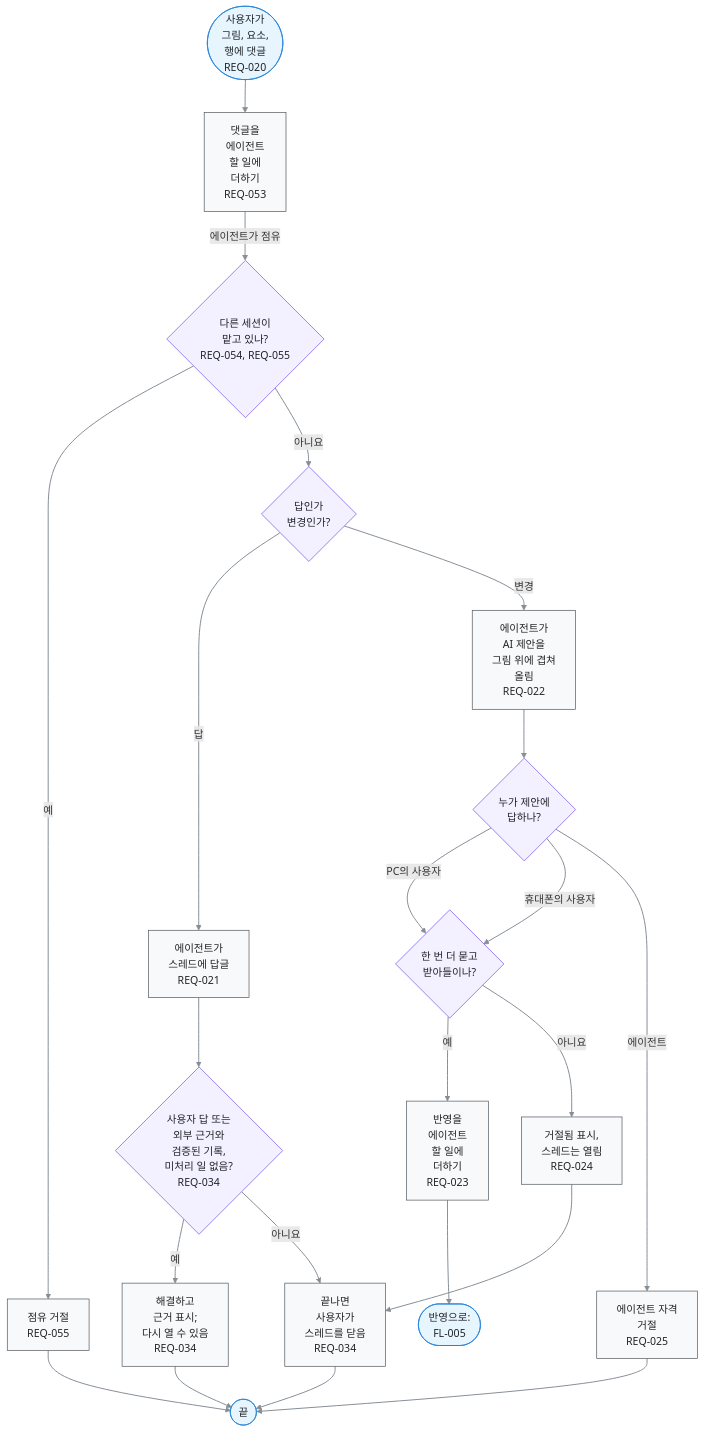
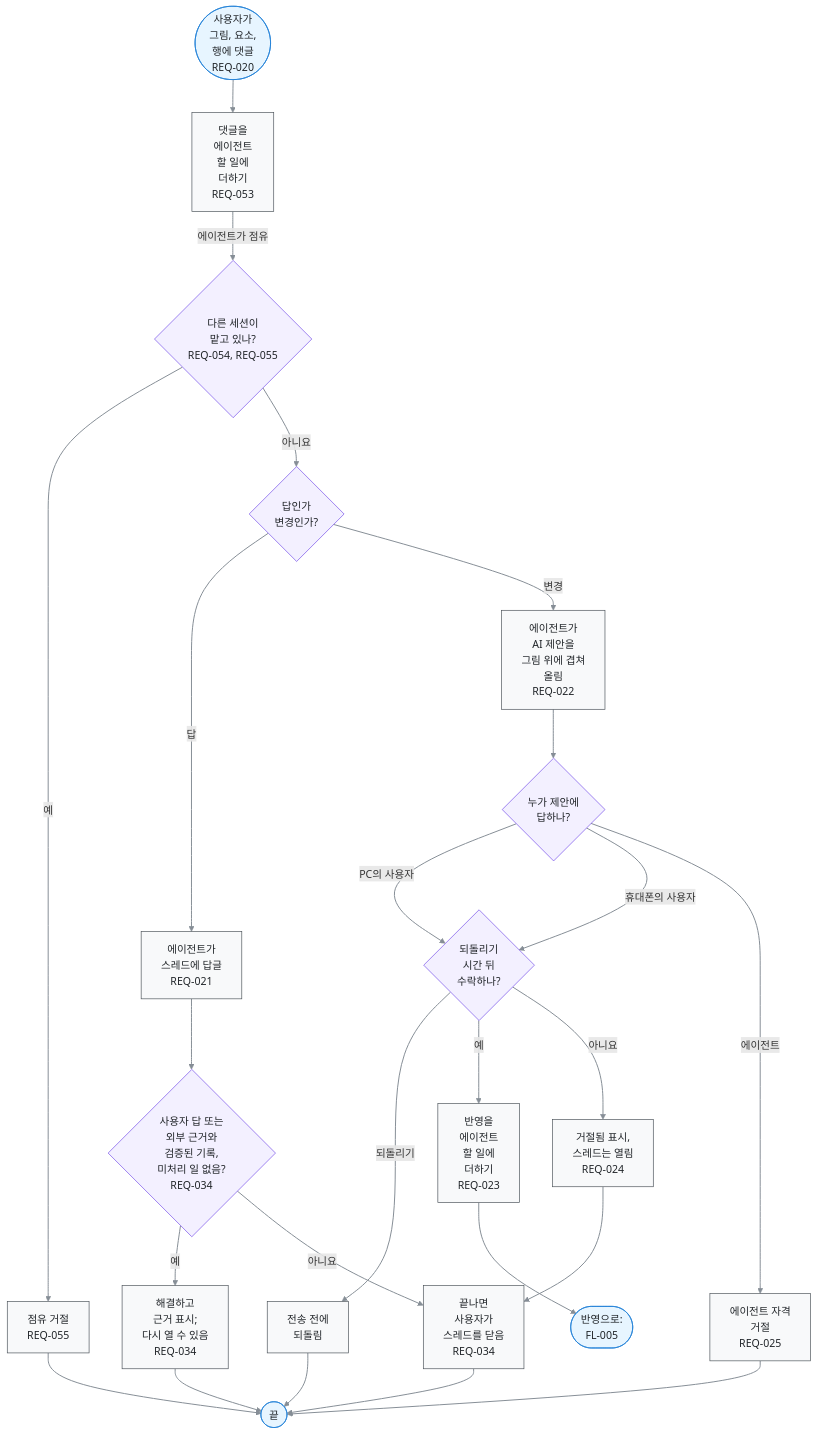
The diagram in docs/03-user-flow/FL-003-comment-and-answer-an-ai-proposal.ko.md (kodonghui/corthex-nexus), drawn with Mermaid before and after one commit. The commit also changed 63 other files, not shown here.

````diff
--- a/docs/03-user-flow/FL-003-comment-and-answer-an-ai-proposal.ko.md
+++ b/docs/03-user-flow/FL-003-comment-and-answer-an-ai-proposal.ko.md
@@ -11,52 +11,55 @@
 ```mermaid
 flowchart TD
   A(["사용자가<br/>그림, 요소,<br/>행에 댓글<br/>REQ-020"])
   B["댓글을<br/>에이전트<br/>할 일에<br/>더하기<br/>REQ-053"]
   C{"다른 세션이<br/>맡고 있나?<br/>REQ-054, REQ-055"}
   D{"답인가<br/>변경인가?"}
   E["에이전트가<br/>스레드에 답글<br/>REQ-021"]
   F["에이전트가<br/>AI 제안을<br/>그림 위에 겹쳐<br/>올림<br/>REQ-022"]
   G{"누가 제안에<br/>답하나?"}
-  H{"한 번 더 묻고<br/>받아들이나?"}
+  H{"되돌리기<br/>시간 뒤<br/>수락하나?"}
   I["반영을<br/>에이전트<br/>할 일에<br/>더하기<br/>REQ-023"]
   J["거절됨 표시,<br/>스레드는 열림<br/>REQ-024"]
   K["끝나면<br/>사용자가<br/>스레드를 닫음<br/>REQ-034"]
   P{"사용자 답 또는<br/>외부 근거와<br/>검증된 기록,<br/>미처리 일 없음?<br/>REQ-034"}
   Q["해결하고<br/>근거 표시;<br/>다시 열 수 있음<br/>REQ-034"]
   R1["점유 거절<br/>REQ-055"]
   R3["에이전트 자격<br/>거절<br/>REQ-025"]
+  U["전송 전에<br/>되돌림"]
   Z(["끝"])
   Y(["반영으로:<br/>FL-005"])
   A e1@--> B
   B e2@-->|에이전트가 점유| C
   C e3@-->|예| R1
   C e4@-->|아니요| D
   D e5@-->|답| E
   D e6@-->|변경| F
   E e7@--> P
   P e30@-->|예| Q
   P e31@-->|아니요| K
   Q e32@--> Z
   F e8@--> G
   G e9@-->|PC의 사용자| H
   G e10@-->|휴대폰의 사용자| H
   G e11@-->|에이전트| R3
+  H e33@-->|되돌리기| U
+  U e34@--> Z
   H e12@-->|예| I
   H e13@-->|아니요| J
   I e14@--> Y
   J e15@--> K
   K e16@--> Z
   R1 e17@--> Z
   R3 e19@--> Z
   %% legend: below
   classDef term fill:#e7f5ff,stroke:#1c7ed6,color:#212529
   classDef proc fill:#f8f9fa,stroke:#495057,color:#212529
   classDef decide fill:#f3f0ff,stroke:#7048e8,color:#212529
   classDef gap fill:#f1f3f5,stroke:#adb5bd,stroke-dasharray:2 3,color:#495057
   classDef pass stroke:#868e96,stroke-width:1.5px
   class A,Z,Y term
   class B,E,F,I,J,K,R1,R3 proc
-  class Q proc
+  class Q,U proc
   class C,D,G,H,P decide
-  class e1,e2,e3,e4,e5,e6,e7,e8,e9,e10,e11,e12,e13,e14,e15,e16,e17,e19,e30,e31,e32 pass
+  class e33,e34,e1,e2,e3,e4,e5,e6,e7,e8,e9,e10,e11,e12,e13,e14,e15,e16,e17,e19,e30,e31,e32 pass
 ```
````
